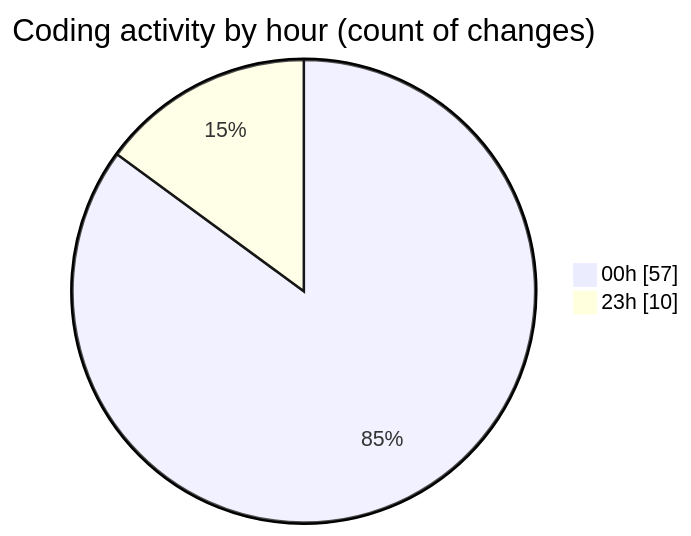
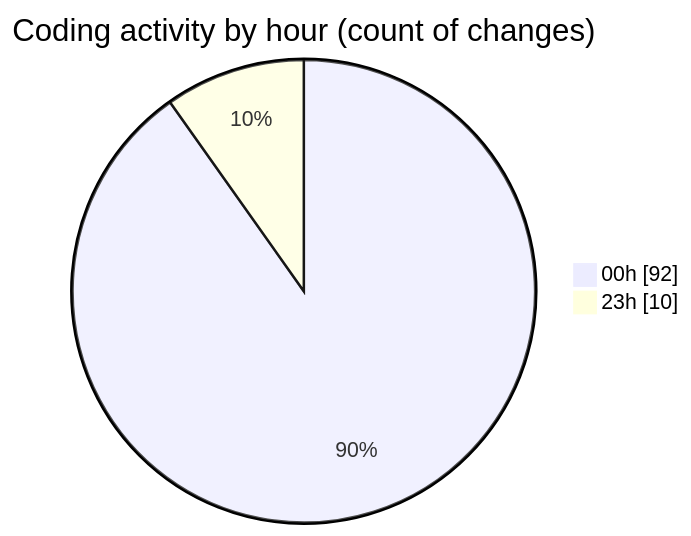
The second of 2 diagrams in 2025-07-18/mern-workoutboard/README.md (Ritupan-Deka/code-tracking), drawn with Mermaid before and after one commit. The commit also changed other lines of this file and 1 other file, not shown here.

````diff
--- a/2025-07-18/mern-workoutboard/README.md
+++ b/2025-07-18/mern-workoutboard/README.md
@@ -30,6 +30,6 @@
 ```mermaid
 pie showData
 title Coding activity by hour (count of changes)
-"00h" : 57
+"00h" : 92
 "23h" : 10
 ```
````
